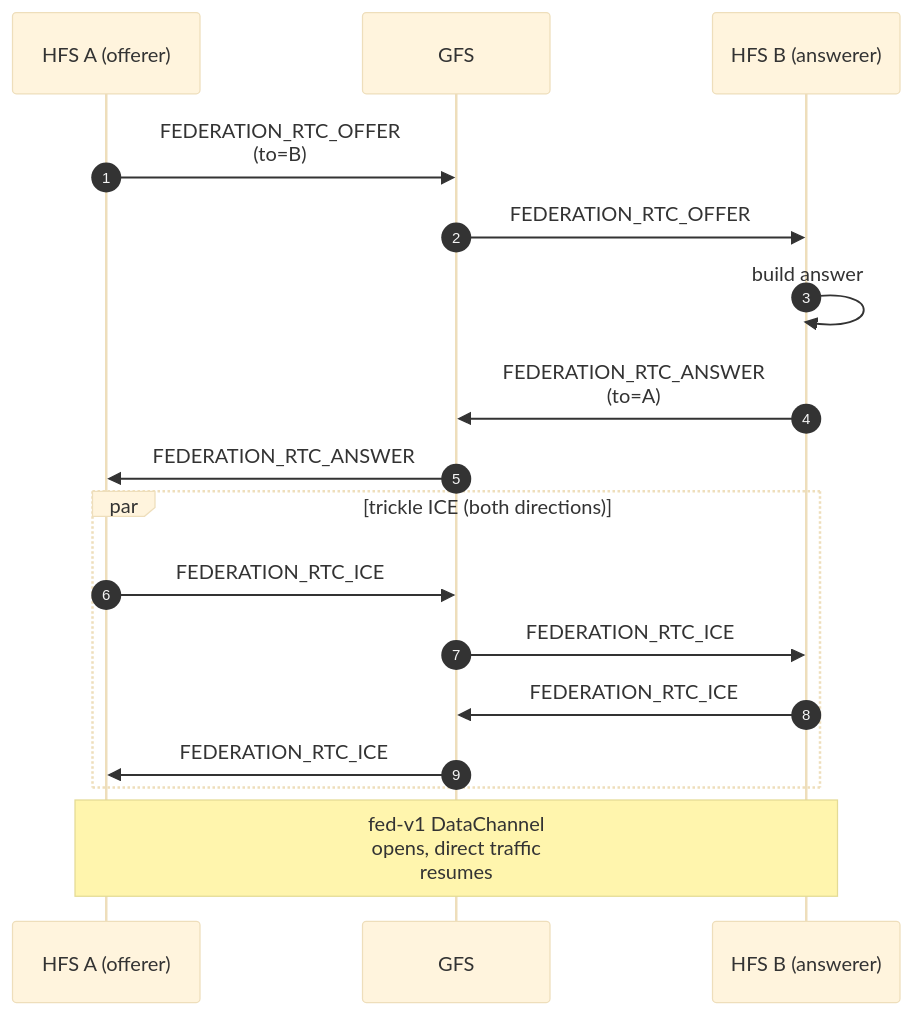
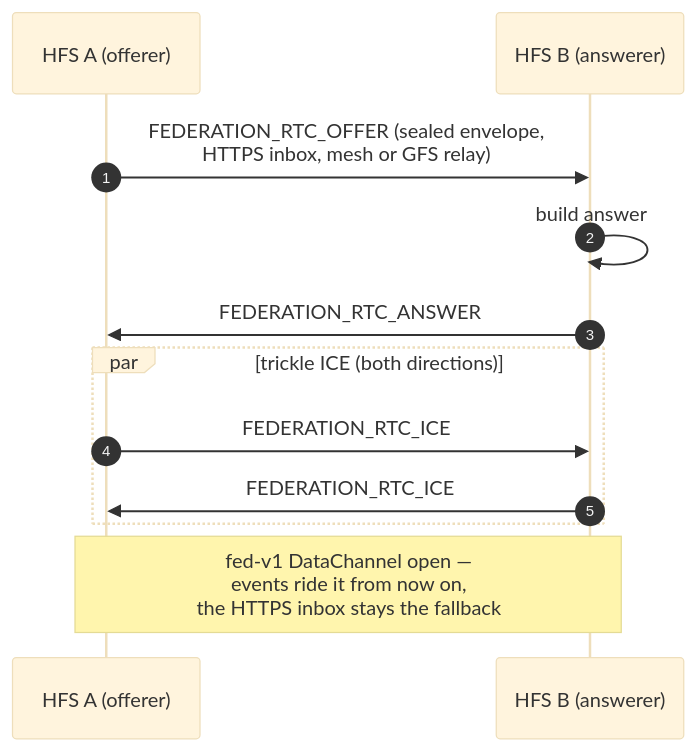
One commit to social-home-io/socialhome changed the second of 2 diagrams in docs/protocol/push-relay.md. Above: the diagram before and after it, drawn with Mermaid (base theme). The commit also changed other lines of this file and 7 other files, not shown here.

First line of the commit message:
Docs: the GFS sends no push and relays no household WebRTC signalling (#1138)

````diff
--- a/docs/protocol/push-relay.md
+++ b/docs/protocol/push-relay.md
@@ -58,19 +66,14 @@
 ```mermaid
 sequenceDiagram
     autonumber
     participant A as HFS A (offerer)
-    participant G as GFS
     participant B as HFS B (answerer)
-    A->>G: FEDERATION_RTC_OFFER<br/>(to=B)
-    G->>B: FEDERATION_RTC_OFFER
+    A->>B: FEDERATION_RTC_OFFER (sealed envelope,<br/>HTTPS inbox, mesh or GFS relay)
     B->>B: build answer
-    B->>G: FEDERATION_RTC_ANSWER<br/>(to=A)
-    G->>A: FEDERATION_RTC_ANSWER
+    B->>A: FEDERATION_RTC_ANSWER
     par trickle ICE (both directions)
-        A->>G: FEDERATION_RTC_ICE
-        G->>B: FEDERATION_RTC_ICE
-        B->>G: FEDERATION_RTC_ICE
-        G->>A: FEDERATION_RTC_ICE
+        A->>B: FEDERATION_RTC_ICE
+        B->>A: FEDERATION_RTC_ICE
     end
-    Note over A,B: fed-v1 DataChannel<br/>opens, direct traffic<br/>resumes
+    Note over A,B: fed-v1 DataChannel open —<br/>events ride it from now on,<br/>the HTTPS inbox stays the fallback
 ```
````
